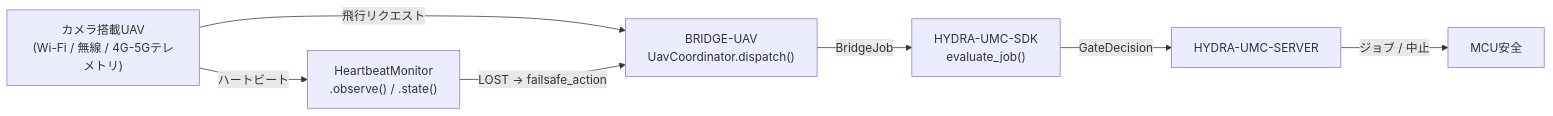
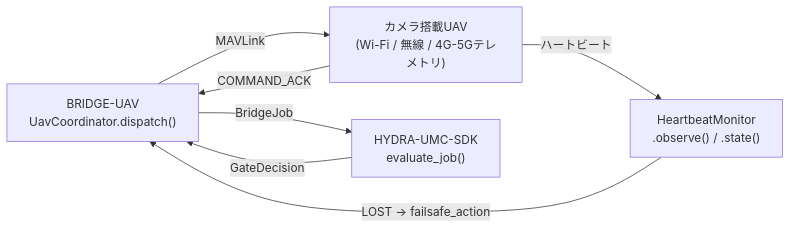
Before and after one commit to JuanenRac/HYDRA-UMC-BRIDGE-UAV: the diagram in README_jpn.md, drawn with Mermaid. The commit also changed other lines of this file and 23 other files, not shown here.

Commit message:
Explicit altitude frame and COMMAND_INT for waypoints, flight envelope, safe-state requests that always get through, DISARM and ACK matching (0.1.1)

````diff
--- a/README_jpn.md
+++ b/README_jpn.md
@@ -50,9 +51,9 @@
 ```mermaid
 flowchart LR
-    UAV["カメラ搭載UAV<br/>(Wi-Fi / 無線 / 4G-5Gテレメトリ)"] -- "飛行リクエスト" --> BRIDGE["BRIDGE-UAV<br/>UavCoordinator.dispatch()"]
+    BRIDGE["BRIDGE-UAV<br/>UavCoordinator.dispatch()"] -- "MAVLink" --> UAV["カメラ搭載UAV<br/>(Wi-Fi / 無線 / 4G-5Gテレメトリ)"]
+    UAV -- "COMMAND_ACK" --> BRIDGE
     UAV -- "ハートビート" --> HB["HeartbeatMonitor<br/>.observe() / .state()"]
     HB -- "LOST -> failsafe_action" --> BRIDGE
     BRIDGE -- BridgeJob --> SDK["HYDRA-UMC-SDK<br/>evaluate_job()"]
-    SDK -- GateDecision --> SERVER["HYDRA-UMC-SERVER"]
-    SERVER -- "ジョブ / 中止" --> MCU["MCU安全"]
+    SDK -- GateDecision --> BRIDGE
 ```
````
